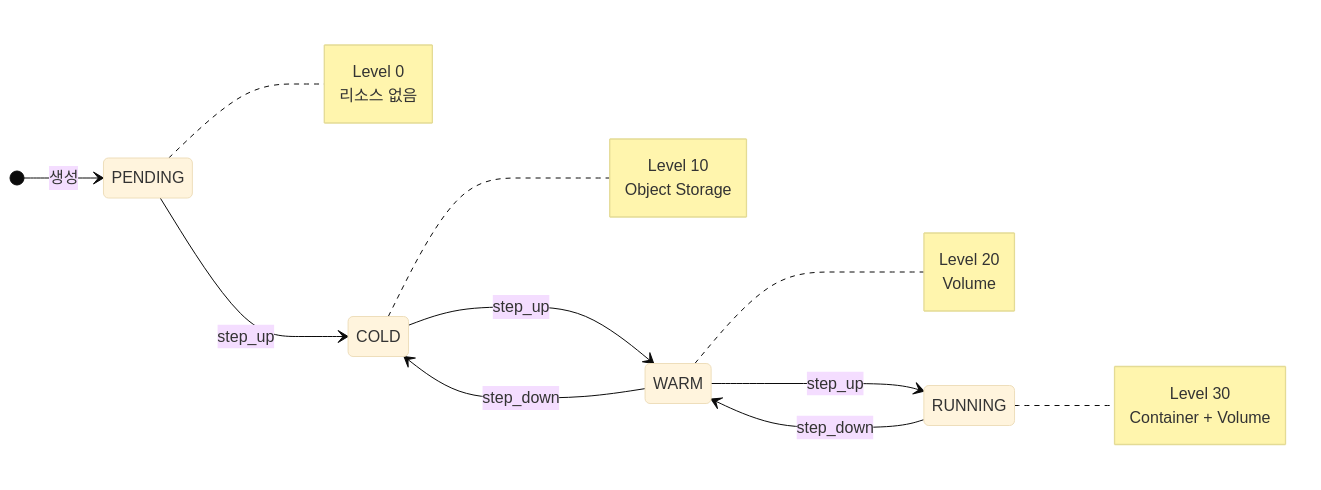
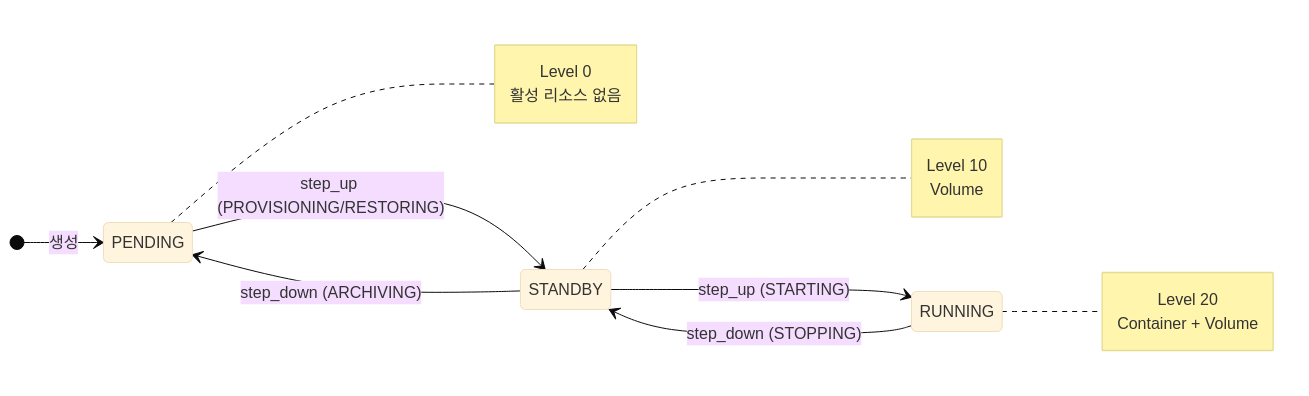
The first of 7 diagrams in docs/spec_v2/states.md (cagojeiger/code-hub), drawn with Mermaid (base theme) before and after one commit. The commit also changed other lines of this file and 11 other files, not shown here.

````diff
--- a/docs/spec_v2/states.md
+++ b/docs/spec_v2/states.md
@@ -103,18 +138,16 @@
 ```mermaid
 stateDiagram-v2
     direction LR
 
     [*] --> PENDING: 생성
 
-    PENDING --> COLD: step_up
-    COLD --> WARM: step_up
-    WARM --> RUNNING: step_up
+    PENDING --> STANDBY: step_up (PROVISIONING/RESTORING)
+    STANDBY --> RUNNING: step_up (STARTING)
 
-    RUNNING --> WARM: step_down
-    WARM --> COLD: step_down
+    RUNNING --> STANDBY: step_down (STOPPING)
+    STANDBY --> PENDING: step_down (ARCHIVING)
 
-    note right of PENDING: Level 0<br/>리소스 없음
-    note right of COLD: Level 10<br/>Object Storage
-    note right of WARM: Level 20<br/>Volume
-    note right of RUNNING: Level 30<br/>Container + Volume
+    note right of PENDING: Level 0<br/>활성 리소스 없음
+    note right of STANDBY: Level 10<br/>Volume
+    note right of RUNNING: Level 20<br/>Container + Volume
 ```
````
